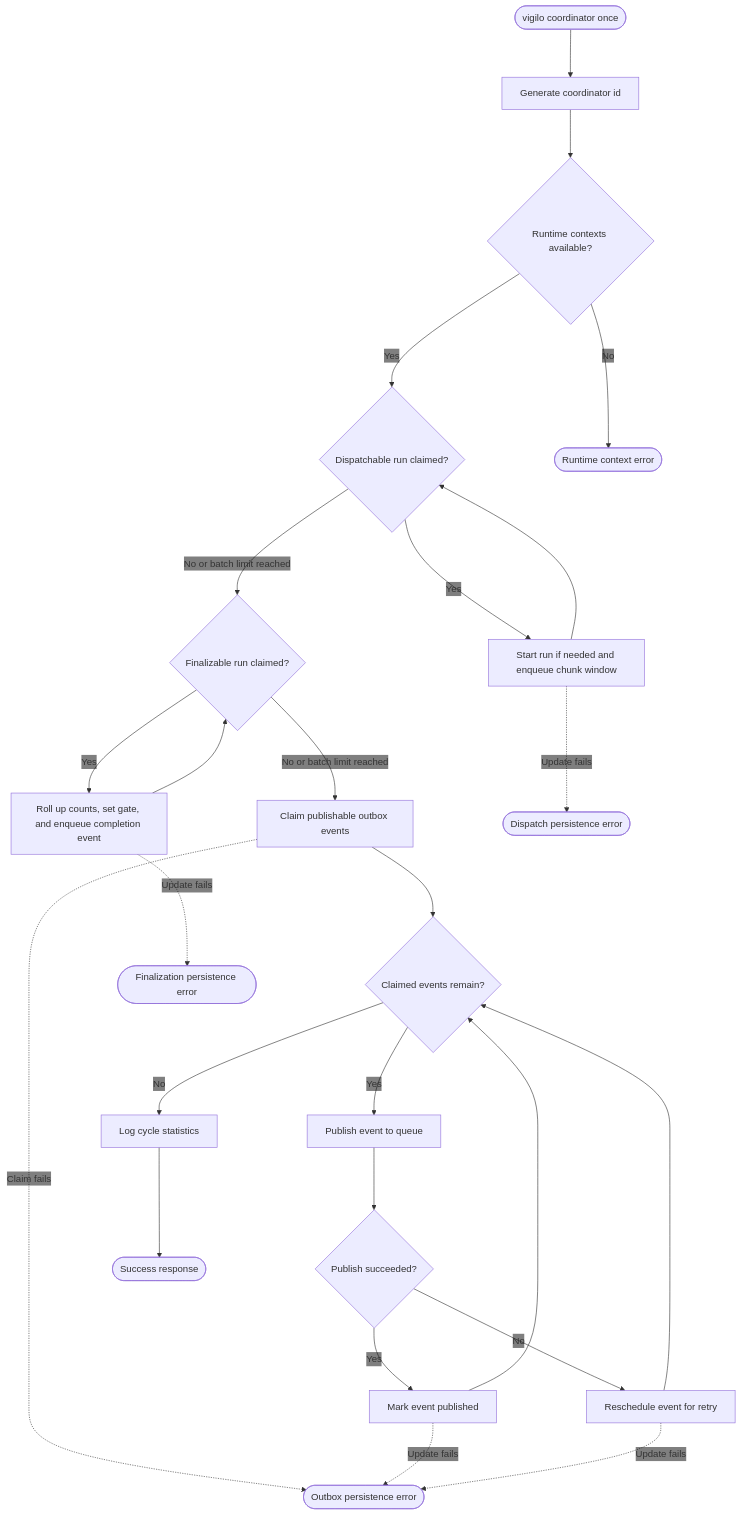
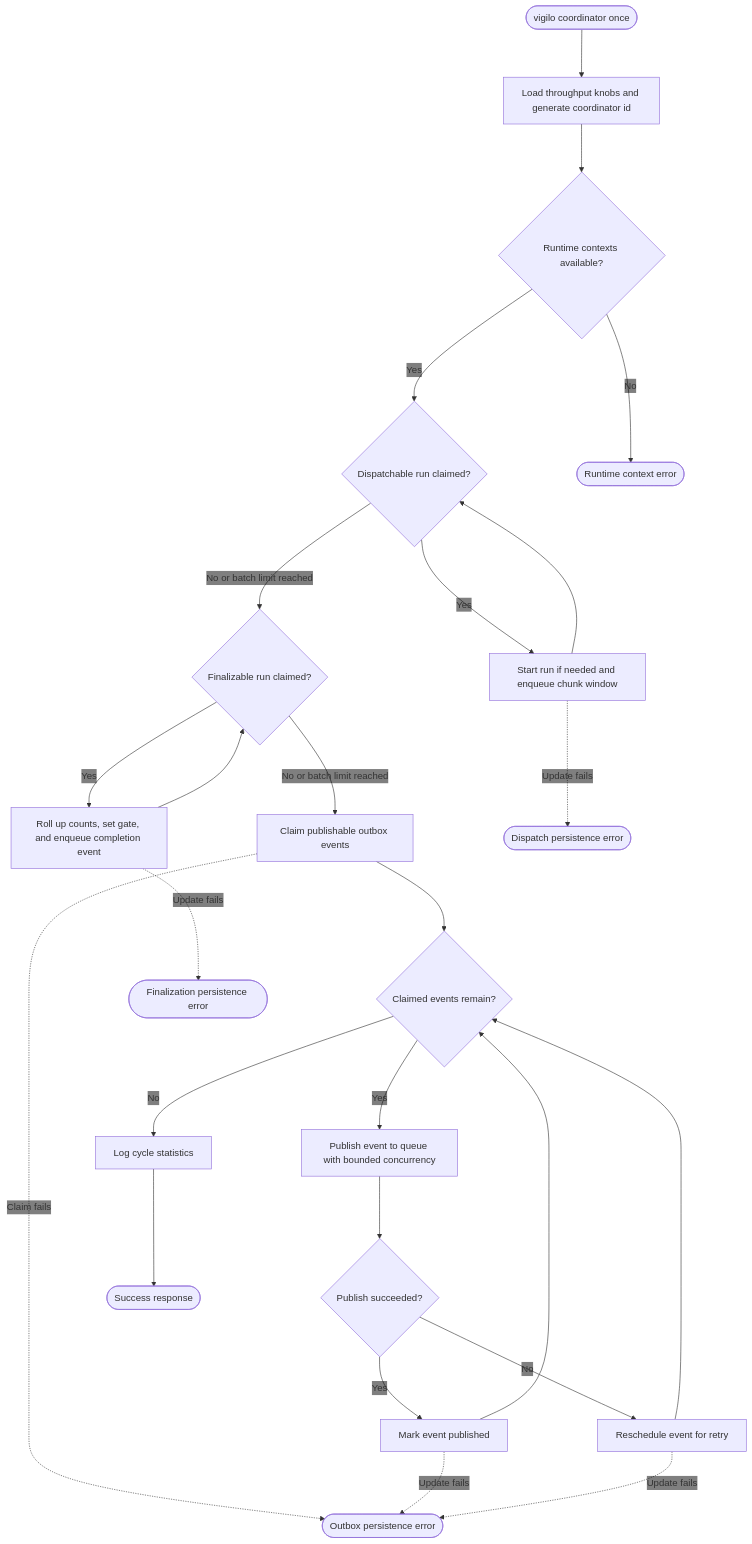
The diagram in web/docs/architecture/flows/coordinator/once/decision-flow.mmd (gregl83/agent-vigilo), drawn with Mermaid before and after one commit. The commit also changed 15 other files, not shown here.

```diff
--- a/web/docs/architecture/flows/coordinator/once/decision-flow.mmd
+++ b/web/docs/architecture/flows/coordinator/once/decision-flow.mmd
@@ -1,74 +1,74 @@
 ---
 config:
   flowchart:
     nodeSpacing: 150
     rankSpacing: 80
   themeVariables:
     edgeLabelBackground: 'transparent'
 ---
 flowchart TD
     Start([vigilo coordinator once])
 
-    CoordinatorId[Generate coordinator id]
+    CoordinatorId[Load throughput knobs and generate coordinator id]
     Contexts{Runtime contexts available?}
     DispatchClaim{Dispatchable run claimed?}
     DispatchRun[Start run if needed and enqueue chunk window]
     FinalizeClaim{Finalizable run claimed?}
     FinalizeRun[Roll up counts, set gate, and enqueue completion event]
     ClaimOutbox[Claim publishable outbox events]
     Events{Claimed events remain?}
-    Publish[Publish event to queue]
+    Publish[Publish event to queue with bounded concurrency]
     PublishResult{Publish succeeded?}
     MarkPublished[Mark event published]
     Reschedule[Reschedule event for retry]
     Stats[Log cycle statistics]
 
     Success([Success response])
 
     ContextFail([Runtime context error])
     DispatchFail([Dispatch persistence error])
     FinalizeFail([Finalization persistence error])
     OutboxFail([Outbox persistence error])
 
     Start --> CoordinatorId
     CoordinatorId --> Contexts
 
     Contexts -- No --> ContextFail
     Contexts -- Yes --> DispatchClaim
 
     DispatchClaim -- Yes --> DispatchRun
     DispatchClaim -- No or batch limit reached --> FinalizeClaim
 
     DispatchRun --> DispatchClaim
     DispatchRun -. Update fails .-> DispatchFail
 
     FinalizeClaim -- Yes --> FinalizeRun
     FinalizeClaim -- No or batch limit reached --> ClaimOutbox
 
     FinalizeRun --> FinalizeClaim
     FinalizeRun -. Update fails .-> FinalizeFail
 
     ClaimOutbox --> Events
     ClaimOutbox -. Claim fails .-> OutboxFail
 
     Events -- Yes --> Publish
     Events -- No --> Stats
 
     Publish --> PublishResult
 
     PublishResult -- Yes --> MarkPublished
     PublishResult -- No --> Reschedule
 
     MarkPublished --> Events
     MarkPublished -. Update fails .-> OutboxFail
 
     Reschedule --> Events
     Reschedule -. Update fails .-> OutboxFail
 
     Stats --> Success
 
     class Start command
     class Success success
     class CoordinatorId,Contexts,DispatchClaim,DispatchRun,FinalizeClaim,FinalizeRun,ClaimOutbox,Events,PublishResult,MarkPublished,Reschedule,Stats system
     class Publish component
     class ContextFail,DispatchFail,FinalizeFail,OutboxFail error
```
